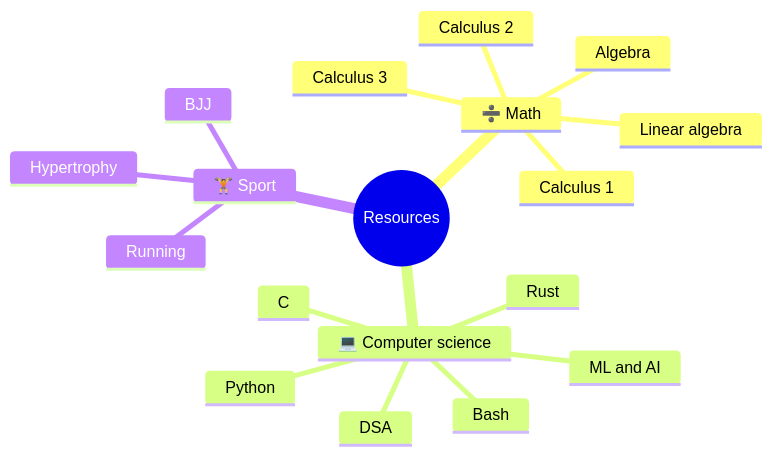
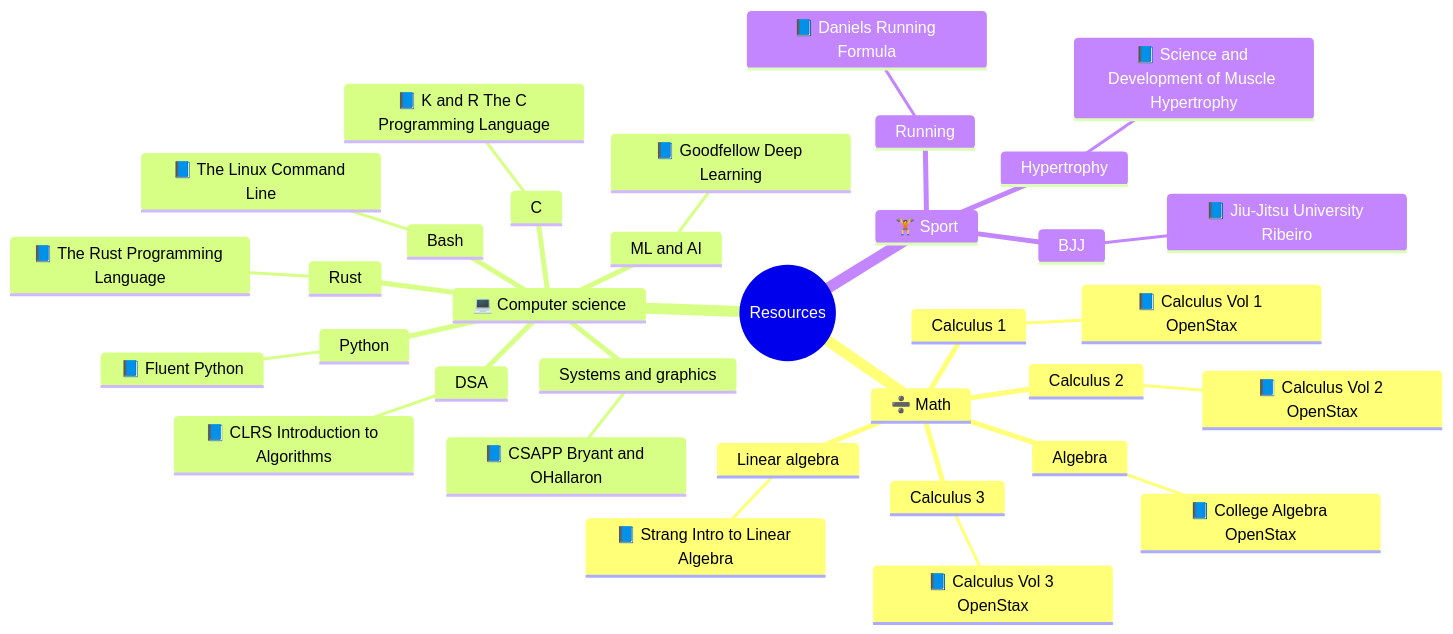
Before and after one commit to tahaenasraoui-debug/tahaenasraoui-debug: the diagram in README.md, drawn with Mermaid. The commit also changed other lines of this file, not shown here.

Commit message:
Add resource mind map to README
Added a mind map of resources for various subjects including Math, Computer Science, and Sports.

````diff
--- a/README.md
+++ b/README.md
@@ -154,21 +155,37 @@
 ```mermaid
 mindmap
   root((Resources))
     ➗ Math
       Algebra
+        📘 College Algebra OpenStax
       Calculus 1
+        📘 Calculus Vol 1 OpenStax
       Calculus 2
+        📘 Calculus Vol 2 OpenStax
       Calculus 3
+        📘 Calculus Vol 3 OpenStax
       Linear algebra
+        📘 Strang Intro to Linear Algebra
     💻 Computer science
       Python
+        📘 Fluent Python
       C
+        📘 K and R The C Programming Language
       Rust
+        📘 The Rust Programming Language
       Bash
+        📘 The Linux Command Line
       DSA
+        📘 CLRS Introduction to Algorithms
       ML and AI
+        📘 Goodfellow Deep Learning
+      Systems and graphics
+        📘 CSAPP Bryant and OHallaron
     🏋️ Sport
       BJJ
+        📘 Jiu-Jitsu University Ribeiro
       Running
+        📘 Daniels Running Formula
       Hypertrophy
+        📘 Science and Development of Muscle Hypertrophy
 ```
````
